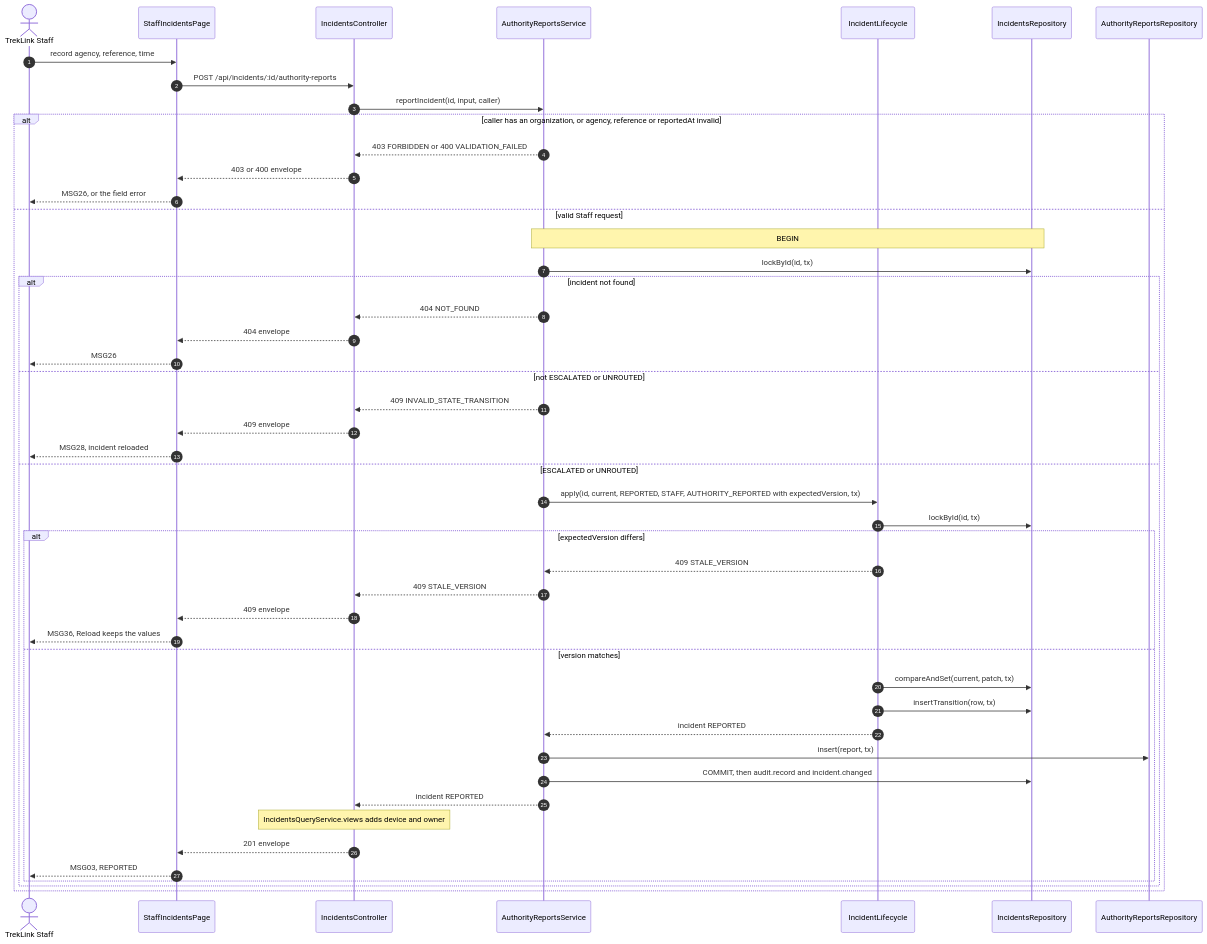
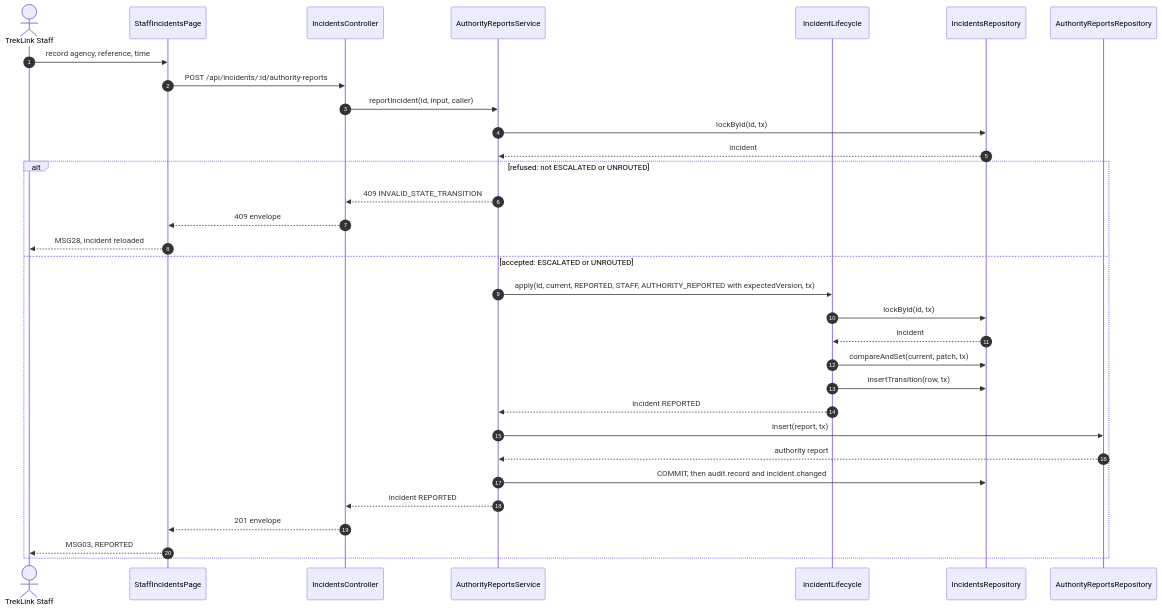
One commit to TrekLink-Team/treklink-web changed the second of 2 diagrams in specs/incidents/api-design/08-post-incidents-id-authority-reports.md. Above: the diagram before and after it, drawn with Mermaid. The commit also changed other lines of this file and 8 other files, not shown here.

First line of the commit message:
docs: draw one alt per incidents sequence again

````diff
--- a/specs/incidents/api-design/08-post-incidents-id-authority-reports.md
+++ b/specs/incidents/api-design/08-post-incidents-id-authority-reports.md
@@ -239,50 +239,34 @@
 ```mermaid
 sequenceDiagram
     autonumber
     actor U as TrekLink Staff
     participant P as StaffIncidentsPage
     participant Ctl as IncidentsController
     participant Svc as AuthorityReportsService
     participant L as IncidentLifecycle
     participant R as IncidentsRepository
     participant Ar as AuthorityReportsRepository
     U->>P: record agency, reference, time
     P->>Ctl: POST /api/incidents/:id/authority-reports
     Ctl->>Svc: reportIncident(id, input, caller)
-    alt caller has an organization, or agency, reference or reportedAt invalid
-        Svc-->>Ctl: 403 FORBIDDEN or 400 VALIDATION_FAILED
-        Ctl-->>P: 403 or 400 envelope
-        P-->>U: MSG26, or the field error
-    else valid Staff request
-        Note over Svc,R: BEGIN
-        Svc->>R: lockById(id, tx)
-        alt incident not found
-            Svc-->>Ctl: 404 NOT_FOUND
-            Ctl-->>P: 404 envelope
-            P-->>U: MSG26
-        else not ESCALATED or UNROUTED
-            Svc-->>Ctl: 409 INVALID_STATE_TRANSITION
-            Ctl-->>P: 409 envelope
-            P-->>U: MSG28, incident reloaded
-        else ESCALATED or UNROUTED
-            Svc->>L: apply(id, current, REPORTED, STAFF, AUTHORITY_REPORTED with expectedVersion, tx)
-            L->>R: lockById(id, tx)
-            alt expectedVersion differs
-                L-->>Svc: 409 STALE_VERSION
-                Svc-->>Ctl: 409 STALE_VERSION
-                Ctl-->>P: 409 envelope
-                P-->>U: MSG36, Reload keeps the values
-            else version matches
-                L->>R: compareAndSet(current, patch, tx)
-                L->>R: insertTransition(row, tx)
-                L-->>Svc: incident REPORTED
-                Svc->>Ar: insert(report, tx)
-                Svc->>R: COMMIT, then audit.record and incident.changed
-                Svc-->>Ctl: incident REPORTED
-                Note over Ctl: IncidentsQueryService.views adds device and owner
-                Ctl-->>P: 201 envelope
-                P-->>U: MSG03, REPORTED
-            end
-        end
+    Svc->>R: lockById(id, tx)
+    R-->>Svc: incident
+    alt refused: not ESCALATED or UNROUTED
+        Svc-->>Ctl: 409 INVALID_STATE_TRANSITION
+        Ctl-->>P: 409 envelope
+        P-->>U: MSG28, incident reloaded
+    else accepted: ESCALATED or UNROUTED
+        Svc->>L: apply(id, current, REPORTED, STAFF, AUTHORITY_REPORTED with expectedVersion, tx)
+        L->>R: lockById(id, tx)
+        R-->>L: incident
+        L->>R: compareAndSet(current, patch, tx)
+        L->>R: insertTransition(row, tx)
+        L-->>Svc: incident REPORTED
+        Svc->>Ar: insert(report, tx)
+        Ar-->>Svc: authority report
+        Svc->>R: COMMIT, then audit.record and incident.changed
+        Svc-->>Ctl: incident REPORTED
+        Ctl-->>P: 201 envelope
+        P-->>U: MSG03, REPORTED
     end
 ```
````
